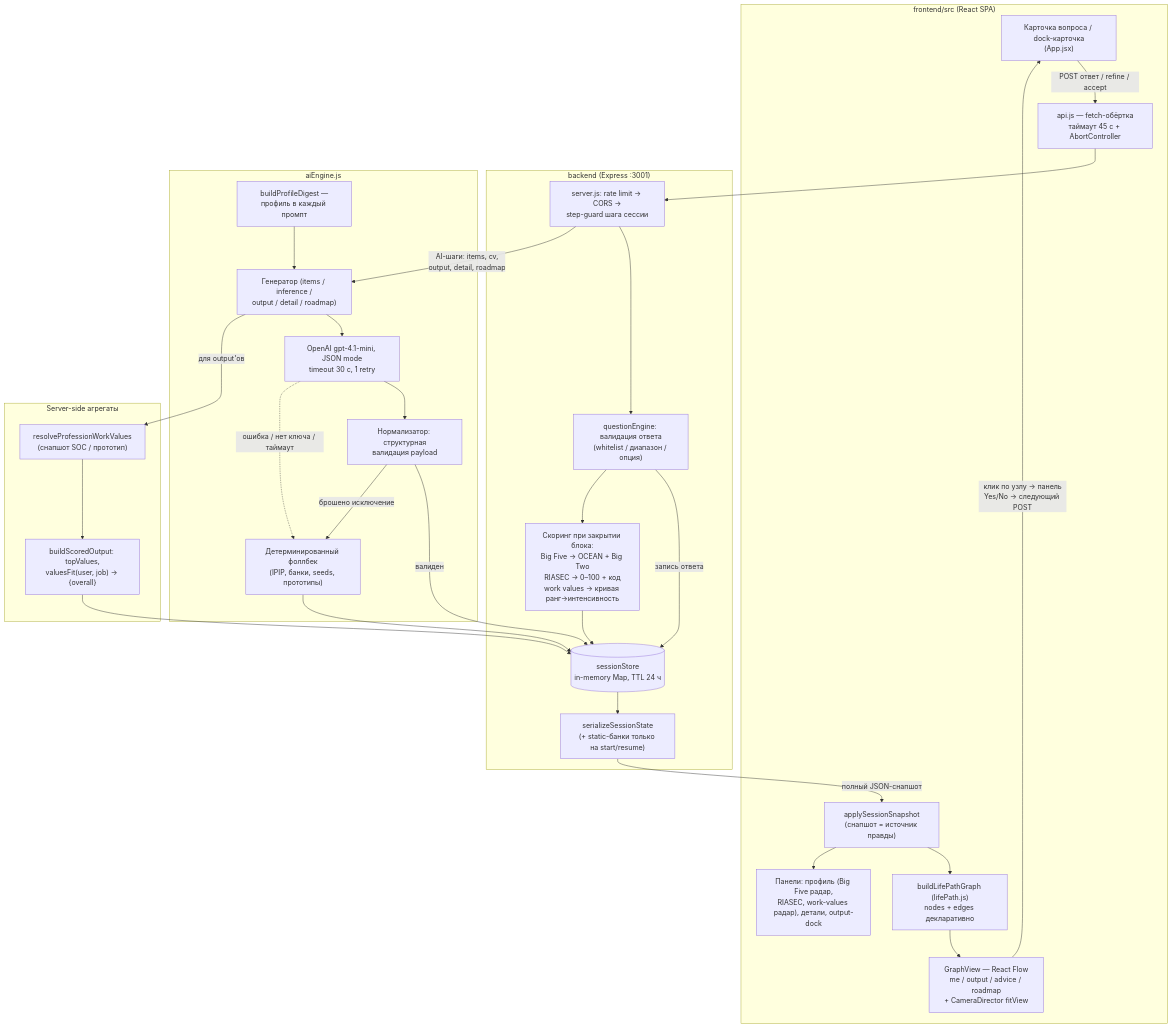
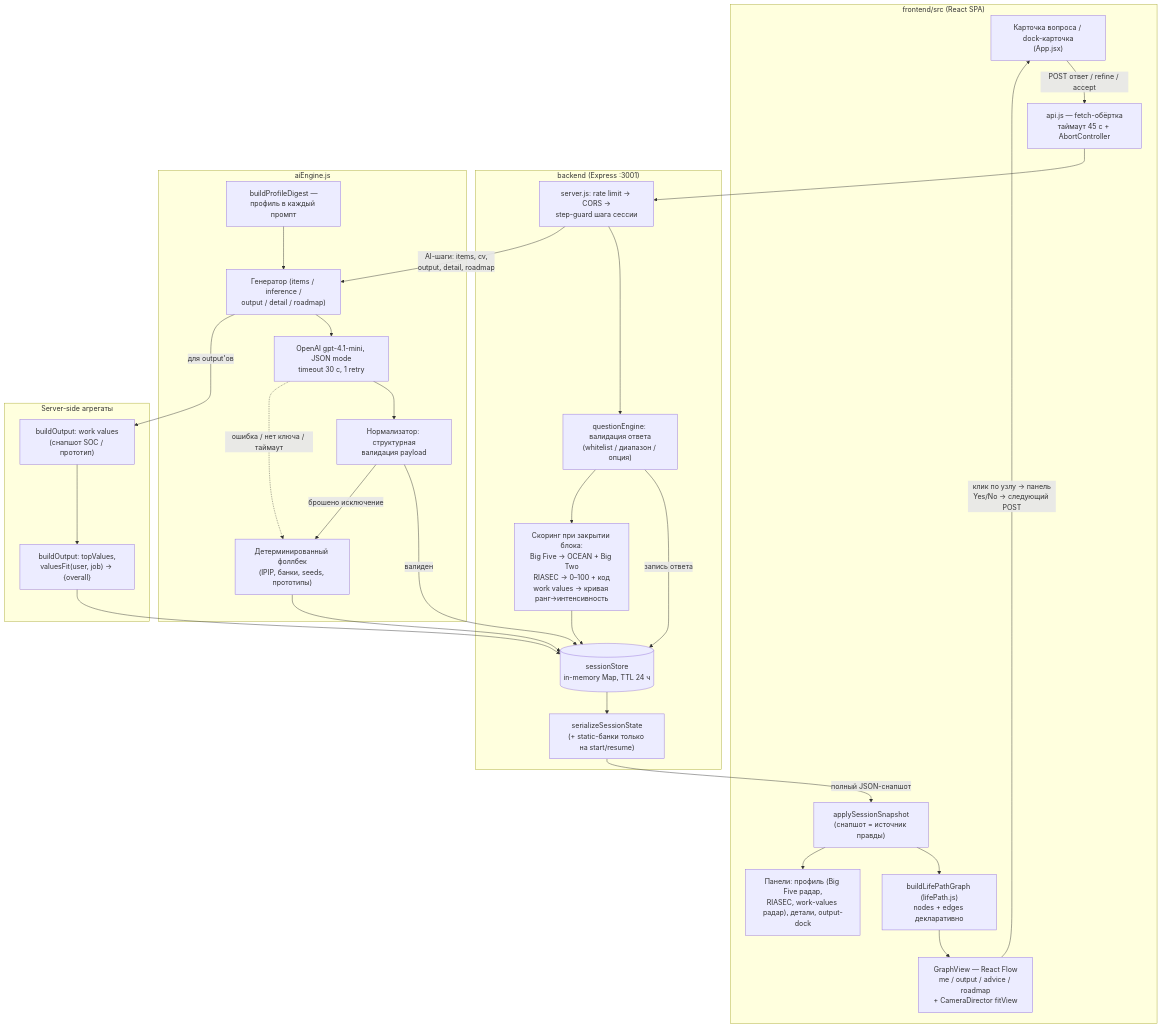
Before and after one commit to H1di/ai_survey: the diagram in ARCHITECTURE.md, drawn with Mermaid. The commit also changed other lines of this file and 31 other files, not shown here.

````diff
--- a/ARCHITECTURE.md
+++ b/ARCHITECTURE.md
@@ -178,47 +178,47 @@
 ```mermaid
 flowchart TD
     subgraph Frontend["frontend/src (React SPA)"]
         UI["Карточка вопроса / dock-карточка<br/>(App.jsx)"]
         API["api.js — fetch-обёртка<br/>таймаут 45 с + AbortController"]
         APPLY["applySessionSnapshot<br/>(снапшот = источник правды)"]
         BUILD["buildLifePathGraph (lifePath.js)<br/>nodes + edges декларативно"]
         FLOW["GraphView — React Flow<br/>me / output / advice / roadmap<br/>+ CameraDirector fitView"]
         PANELS["Панели: профиль (Big Five радар,<br/>RIASEC, work-values радар), детали, output-dock"]
     end
 
     subgraph Backend["backend (Express :3001)"]
         GUARD["server.js: rate limit → CORS →<br/>step-guard шага сессии"]
         VALIDATE["questionEngine: валидация ответа<br/>(whitelist / диапазон / опция)"]
         SCORE["Скоринг при закрытии блока:<br/>Big Five → OCEAN + Big Two<br/>RIASEC → 0–100 + код<br/>work values → кривая ранг→интенсивность"]
         STORE[("sessionStore<br/>in-memory Map, TTL 24 ч")]
         SNAP["serializeSessionState<br/>(+ static-банки только на start/resume)"]
     end
 
     subgraph AI["aiEngine.js"]
         GEN["Генератор (items / inference /<br/>output / detail / roadmap)"]
         DIGEST["buildProfileDigest —<br/>профиль в каждый промпт"]
         LLM["OpenAI gpt-4.1-mini, JSON mode<br/>timeout 30 с, 1 retry"]
         NORM["Нормализатор: структурная<br/>валидация payload"]
         FB["Детерминированный фоллбек<br/>(IPIP, банки, seeds, прототипы)"]
     end
 
     subgraph Values["Server-side агрегаты"]
-        SCOREVAL["resolveProfessionWorkValues<br/>(снапшот SOC / прототип)"]
-        DERIVE["buildScoredOutput: topValues,<br/>valuesFit(user, job) → {overall}"]
+        SCOREVAL["buildOutput: work values<br/>(снапшот SOC / прототип)"]
+        DERIVE["buildOutput: topValues,<br/>valuesFit(user, job) → {overall}"]
     end
 
     UI -->|"POST ответ / refine / accept"| API --> GUARD --> VALIDATE
     VALIDATE -->|запись ответа| STORE
     VALIDATE --> SCORE --> STORE
     GUARD -->|"AI-шаги: items, cv,<br/>output, detail, roadmap"| GEN
     DIGEST --> GEN
     GEN --> LLM --> NORM
     NORM -->|"валиден"| STORE
     NORM -->|"брошено исключение"| FB --> STORE
     LLM -.->|"ошибка / нет ключа / таймаут"| FB
     GEN -->|"для output'ов"| SCOREVAL --> DERIVE --> STORE
     STORE --> SNAP -->|"полный JSON-снапшот"| APPLY
     APPLY --> BUILD --> FLOW
     APPLY --> PANELS
     FLOW -->|"клик по узлу → панель<br/>Yes/No → следующий POST"| UI
 ```
````
